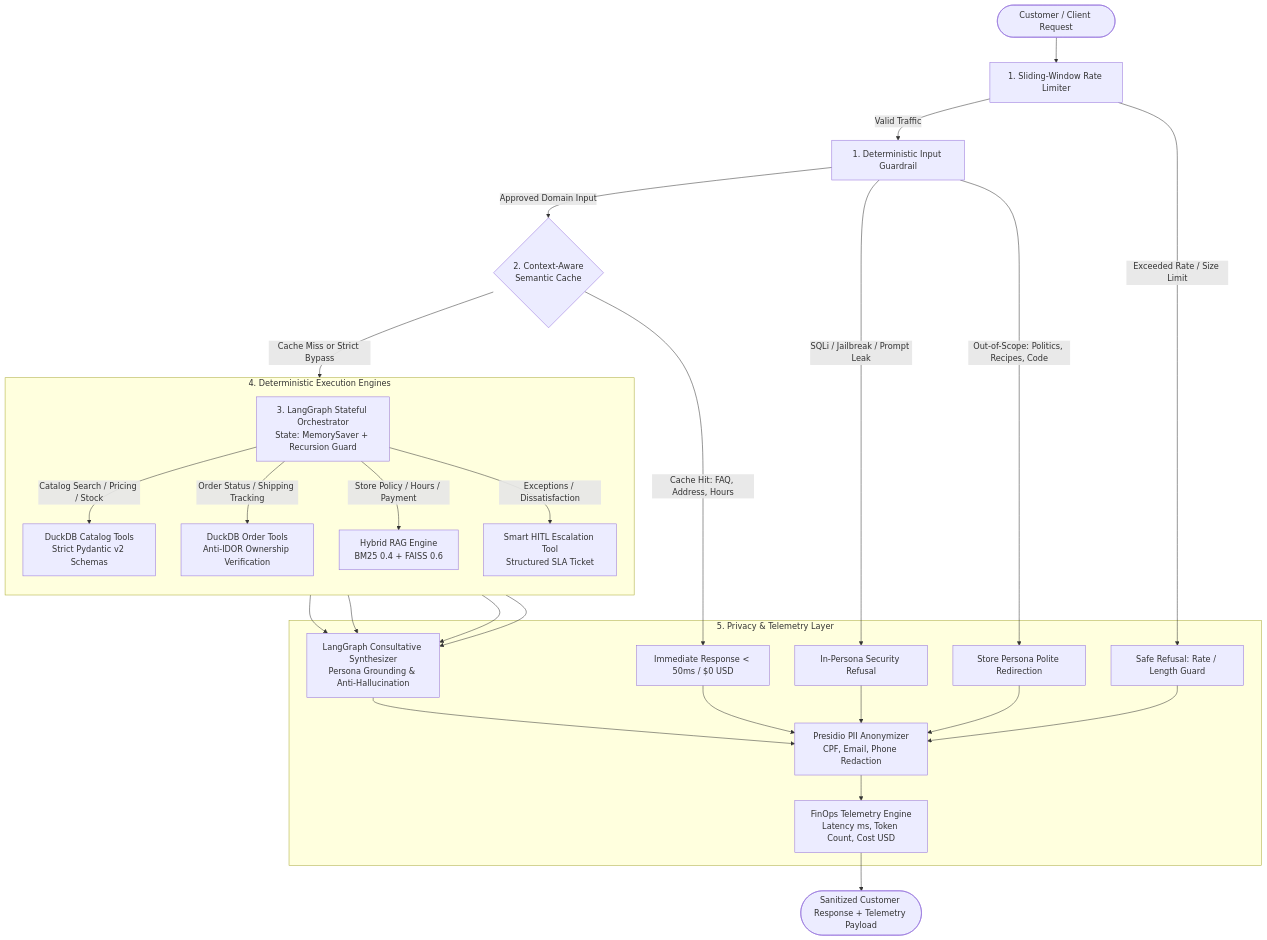
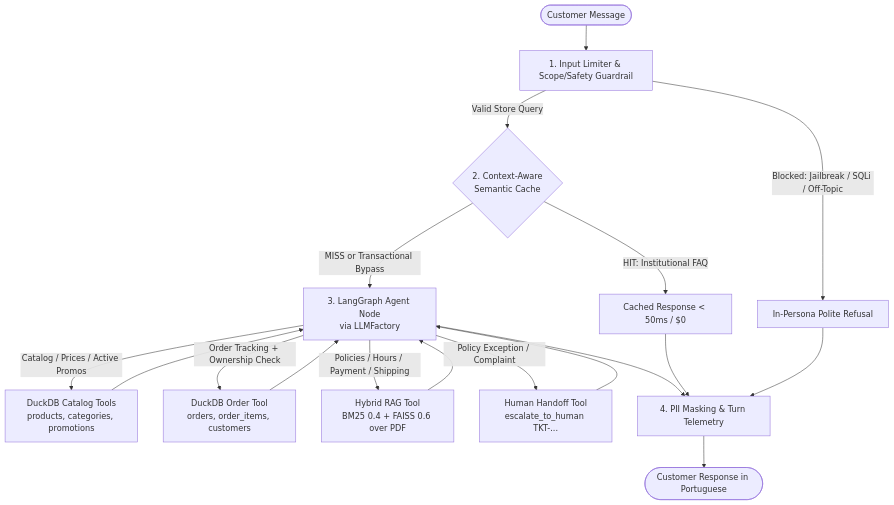
One commit to willarakaki/desafio-tecnico-ai-eng-artefact changed the diagram in README.md. Above: the diagram before and after it, drawn with Mermaid. The commit also changed other lines of this file, not shown here.

````diff
--- a/README.md
+++ b/README.md
@@ -71,37 +61,24 @@
 ```mermaid
 flowchart TD
-    User([Customer / Client Request]) --> L1_Rate[1. Sliding-Window Rate Limiter]
-    L1_Rate -->|Exceeded Rate / Size Limit| Refuse_Rate[Safe Refusal: Rate / Length Guard]
-    L1_Rate -->|Valid Traffic| L1_Guard[1. Deterministic Input Guardrail]
+    User([Customer Message]) --> Guard[1. Input Limiter & Scope/Safety Guardrail]
+    Guard -->|Blocked: Jailbreak / SQLi / Off-Topic| PoliteRefusal[In-Persona Polite Refusal]
+    Guard -->|Valid Store Query| Cache{2. Context-Aware<br/>Semantic Cache}
     
-    L1_Guard -->|SQLi / Jailbreak / Prompt Leak| Refuse_Guard[In-Persona Security Refusal]
-    L1_Guard -->|Out-of-Scope: Politics, Recipes, Code| Refuse_Scope[Store Persona Polite Redirection]
-    L1_Guard -->|Approved Domain Input| L2_Cache{2. Context-Aware<br/>Semantic Cache}
+    Cache -->|HIT: Institutional FAQ| FastOut[Cached Response < 50ms / $0]
+    Cache -->|MISS or Transactional Bypass| Agent[3. LangGraph Agent Node<br/>via LLMFactory]
     
-    L2_Cache -->|Cache Hit: FAQ, Address, Hours| FastOut[Immediate Response < 50ms / $0 USD]
-    L2_Cache -->|Cache Miss or Strict Bypass| L3_Graph[3. LangGraph Stateful Orchestrator<br/>State: MemorySaver + Recursion Guard]
+    Agent -->|Catalog / Prices / Active Promos| CatalogTools[DuckDB Catalog Tools<br/>products, categories, promotions]
+    Agent -->|Order Tracking + Ownership Check| OrderTools[DuckDB Order Tool<br/>orders, order_items, customers]
+    Agent -->|Policies / Hours / Payment / Shipping| PolicyTool[Hybrid RAG Tool<br/>BM25 0.4 + FAISS 0.6 over PDF]
+    Agent -->|Policy Exception / Complaint| HITLTool[Human Handoff Tool<br/>escalate_to_human TKT-...]
     
-    subgraph Execution_Engines [4. Deterministic Execution Engines]
-        direction TB
-        L3_Graph -->|Catalog Search / Pricing / Stock| Duck_Catalog[DuckDB Catalog Tools<br/>Strict Pydantic v2 Schemas]
-        L3_Graph -->|Order Status / Shipping Tracking| Duck_Orders[DuckDB Order Tools<br/>Anti-IDOR Ownership Verification]
-        L3_Graph -->|Store Policy / Hours / Payment| RAG_Policy[Hybrid RAG Engine<br/>BM25 0.4 + FAISS 0.6]
-        L3_Graph -->|Exceptions / Dissatisfaction| HITL_Tool[Smart HITL Escalation Tool<br/>Structured SLA Ticket]
-    end
+    CatalogTools --> Agent
+    OrderTools --> Agent
+    PolicyTool --> Agent
+    HITLTool --> Agent
     
-    Duck_Catalog --> L3_Synth[LangGraph Consultative Synthesizer<br/>Persona Grounding & Anti-Hallucination]
-    Duck_Orders --> L3_Synth
-    RAG_Policy --> L3_Synth
-    HITL_Tool --> L3_Synth
-    
-    subgraph Observability_Layer [5. Privacy & Telemetry Layer]
-        L3_Synth --> PII_Mask[Presidio PII Anonymizer<br/>CPF, Email, Phone Redaction]
-        FastOut --> PII_Mask
-        Refuse_Guard --> PII_Mask
-        Refuse_Scope --> PII_Mask
-        Refuse_Rate --> PII_Mask
-        PII_Mask --> Telemetry[FinOps Telemetry Engine<br/>Latency ms, Token Count, Cost USD]
-    end
-    
-    Telemetry --> Output([Sanitized Customer Response + Telemetry Payload])
+    Agent --> Sanitize[4. PII Masking & Turn Telemetry]
+    FastOut --> Sanitize
+    PoliteRefusal --> Sanitize
+    Sanitize --> Output([Customer Response in Portuguese])
 ```
````
